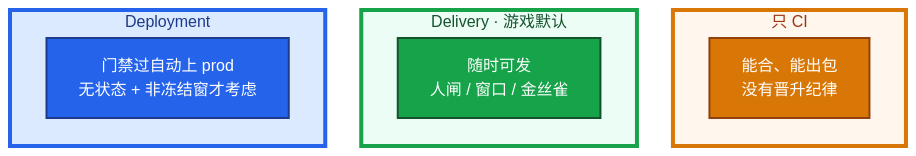
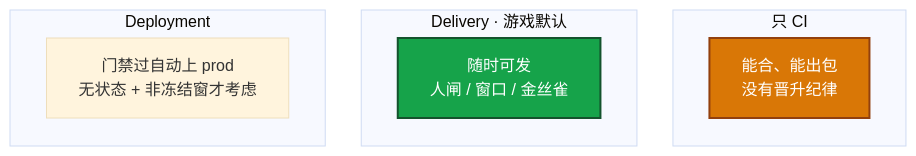
One commit to ml-cuizijun/LearnToLilith changed the third of 8 diagrams in 05-工程化与自动化/02-CI-CD/知识点.md. Above: the diagram before and after it, drawn with Mermaid. The commit also changed other lines of this file and 107 other files, not shown here.

````diff
--- a/05-工程化与自动化/02-CI-CD/知识点.md
+++ b/05-工程化与自动化/02-CI-CD/知识点.md
@@ -135,24 +133,18 @@
 ```mermaid
 %%{init: {"flowchart": {"padding": 16, "nodeSpacing": 36, "rankSpacing": 48}, "theme": "base"}}%%
 flowchart TB
     subgraph onlyci ["只 CI"]
         o1["能合、能出包<br/>没有晋升纪律"]
     end
     subgraph deliv ["Delivery · 游戏默认"]
         d1["随时可发<br/>人闸 / 窗口 / 金丝雀"]
     end
     subgraph deply ["Deployment"]
         p1["门禁过自动上 prod<br/>无状态 + 非冻结窗才考虑"]
     end
 
     classDef bad fill:#D97706,stroke:#92400E,stroke-width:2px,color:#fff
     classDef ok fill:#16A34A,stroke:#14532D,stroke-width:2px,color:#fff
-    classDef info fill:#2563EB,stroke:#1E3A8A,stroke-width:2px,color:#fff
     class o1 bad
     class d1 ok
-    class p1 info
-
-    style onlyci fill:#FFF7ED,stroke:#D97706,stroke-width:4px,color:#9A3412
-    style deliv fill:#ECFDF5,stroke:#16A34A,stroke-width:4px,color:#14532D
-    style deply fill:#DBEAFE,stroke:#2563EB,stroke-width:4px,color:#1E3A8A
 ```
````
